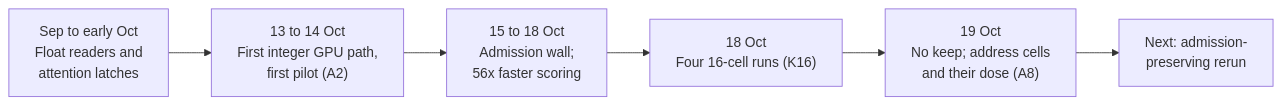
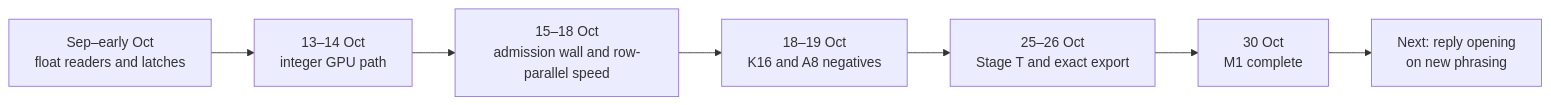
Before and after one commit to UOR-Foundation/uor-r4: the diagram in docs/research/lines/m1-discrete-attention.md, drawn with Mermaid. The commit also changed other lines of this file and 145 other files, not shown here.

````diff
--- a/docs/research/lines/m1-discrete-attention.md
+++ b/docs/research/lines/m1-discrete-attention.md
@@ -16,8 +19,9 @@
 ```mermaid
 flowchart LR
-  A["Sep to early Oct<br/>Float readers and<br/>attention latches"] --> B["13 to 14 Oct<br/>First integer GPU path,<br/>first pilot (A2)"]
-  B --> C["15 to 18 Oct<br/>Admission wall;<br/>56x faster scoring"]
-  C --> D["18 Oct<br/>Four 16-cell runs (K16)"]
-  D --> E["19 Oct<br/>No keep; address cells<br/>and their dose (A8)"]
-  E --> F["Next: admission-<br/>preserving rerun"]
+  A["Sep–early Oct<br/>float readers and latches"] --> B["13–14 Oct<br/>integer GPU path"]
+  B --> C["15–18 Oct<br/>admission wall and row-parallel speed"]
+  C --> D["18–19 Oct<br/>K16 and A8 negatives"]
+  D --> E["25–26 Oct<br/>Stage T and exact export"]
+  E --> F["30 Oct<br/>M1 complete"]
+  F --> G["Next: reply opening<br/>on new phrasing"]
 ```
````
